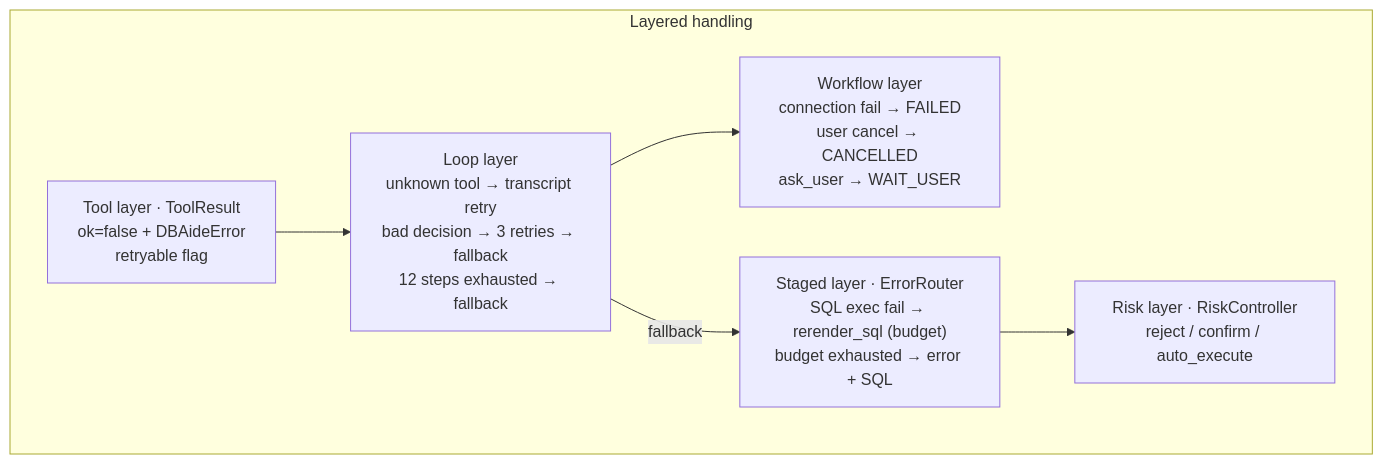
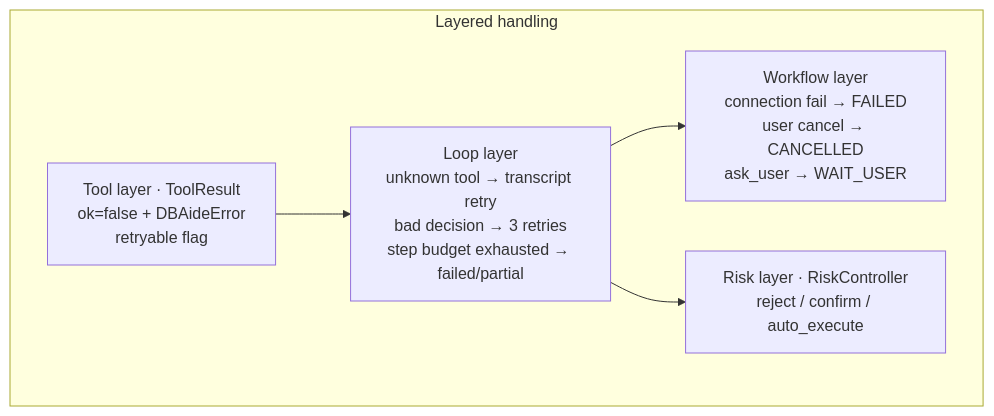
One commit to W1412X/dbaide changed the seventh of 8 diagrams in docs/DESIGN.md. Above: the diagram before and after it, drawn with Mermaid. The commit also changed other lines of this file and 107 other files, not shown here.

````diff
--- a/docs/DESIGN.md
+++ b/docs/DESIGN.md
@@ -318,14 +311,12 @@
 ```mermaid
 flowchart TB
     subgraph Layers["Layered handling"]
         L1["Tool layer · ToolResult<br/>ok=false + DBAideError<br/>retryable flag"]
-        L2["Loop layer<br/>unknown tool → transcript retry<br/>bad decision → 3 retries → fallback<br/>12 steps exhausted → fallback"]
+        L2["Loop layer<br/>unknown tool → transcript retry<br/>bad decision → 3 retries<br/>step budget exhausted → failed/partial"]
         L3["Workflow layer<br/>connection fail → FAILED<br/>user cancel → CANCELLED<br/>ask_user → WAIT_USER"]
-        L4["Staged layer · ErrorRouter<br/>SQL exec fail → rerender_sql (budget)<br/>budget exhausted → error + SQL"]
-        L5["Risk layer · RiskController<br/>reject / confirm / auto_execute"]
+        L4["Risk layer · RiskController<br/>reject / confirm / auto_execute"]
     end
 
     L1 --> L2 --> L3
-    L2 -->|fallback| L4
-    L4 --> L5
+    L2 --> L4
 ```
````
